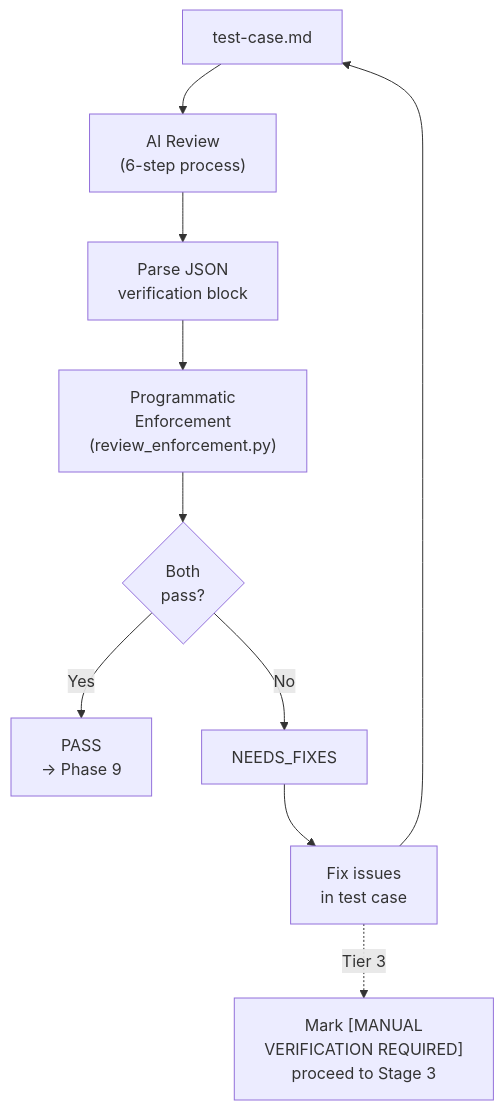
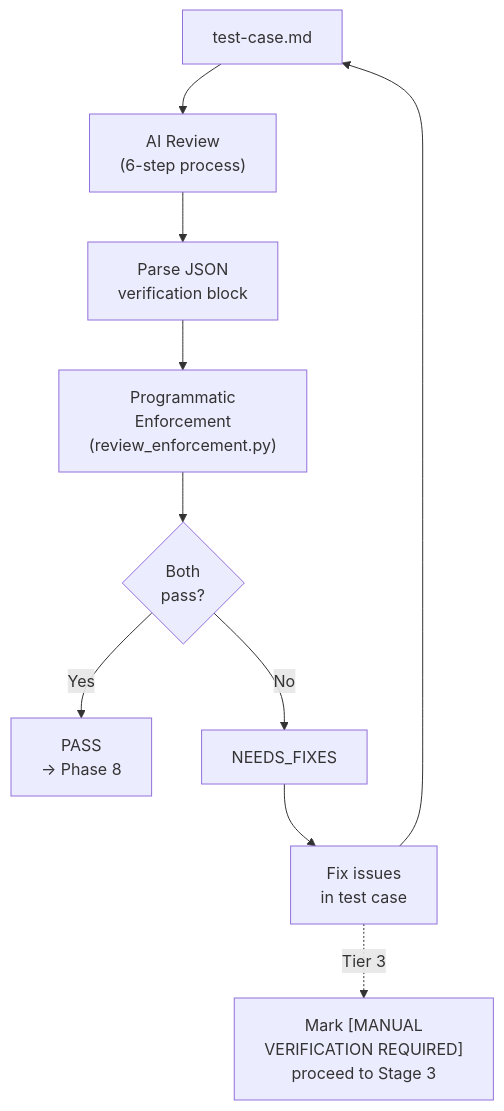
Before and after one commit to stolostron/acm-ai-qe: the seventh of 7 diagrams in apps/test-case-generator/docs/07-SKILL-ARCHITECTURE.md, drawn with Mermaid. The commit also changed other lines of this file and 21 other files, not shown here.

````diff
--- a/apps/test-case-generator/docs/07-SKILL-ARCHITECTURE.md
+++ b/apps/test-case-generator/docs/07-SKILL-ARCHITECTURE.md
@@ -592,14 +590,14 @@
 ```mermaid
 flowchart TD
     TC[test-case.md] --> AIR["AI Review\n(6-step process)"]
     AIR --> JSON["Parse JSON\nverification block"]
     JSON --> PE["Programmatic\nEnforcement\n(review_enforcement.py)"]
     PE --> CHECK{Both\npass?}
 
-    CHECK -->|Yes| PASS["PASS\n→ Phase 9"]
+    CHECK -->|Yes| PASS["PASS\n→ Phase 8"]
     CHECK -->|No| FIXES["NEEDS_FIXES"]
     FIXES --> FIX["Fix issues\nin test case"]
     FIX --> TC
 
     FIX -.Tier 3.-> ABORT["Mark [MANUAL\nVERIFICATION REQUIRED]\nproceed to Stage 3"]
 ```
````
